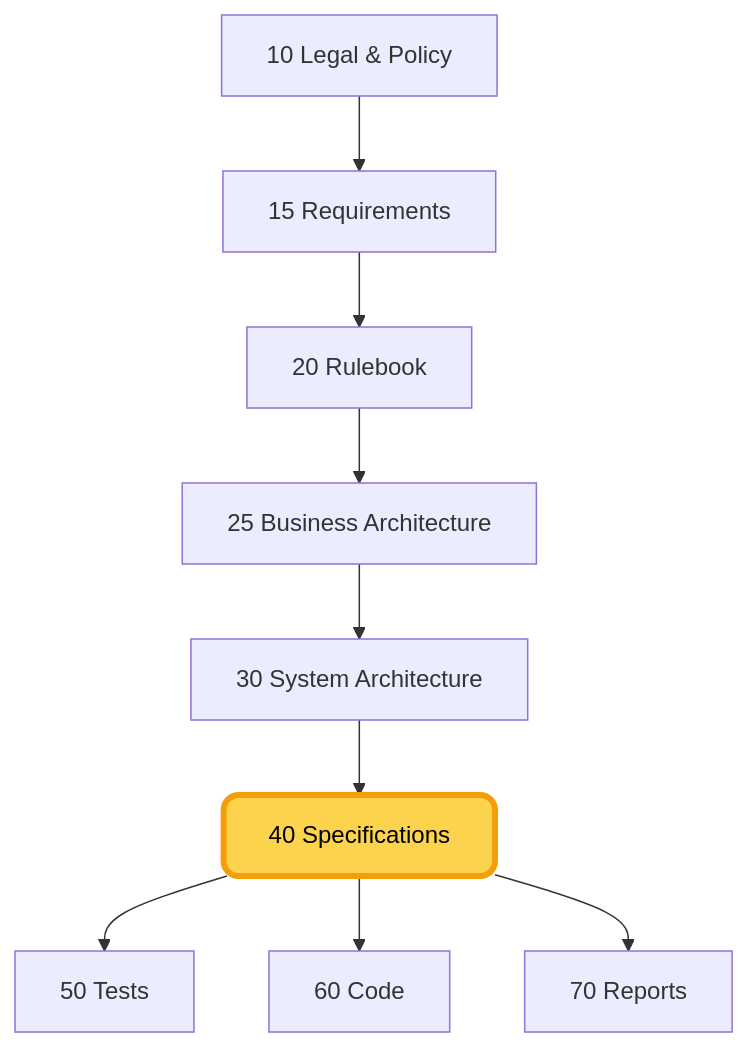
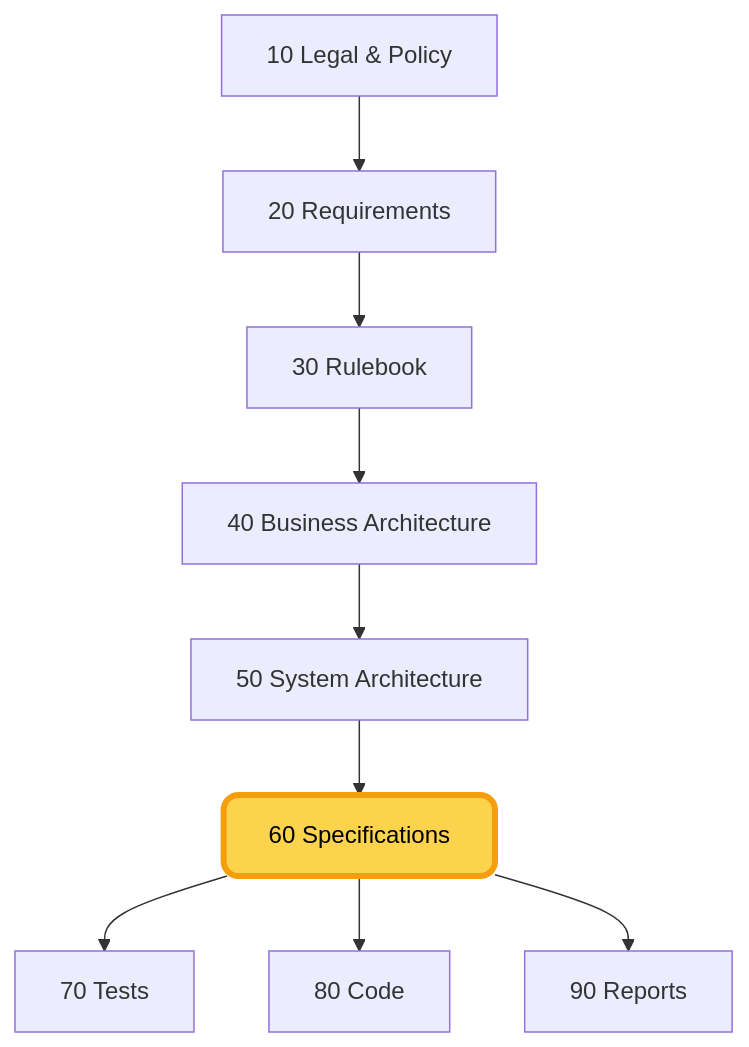
Before and after one commit to nnworkspace/presentations: the third of 7 diagrams in elan_intro.md, drawn with Mermaid. The commit also changed other lines of this file, not shown here.

````diff
--- a/elan_intro.md
+++ b/elan_intro.md
@@ -559,13 +559,13 @@
 ```mermaid {scale: 0.6}
 flowchart TD
-    A[10 Legal & Policy] --> Req[15 Requirements]
-    Req --> B[20 Rulebook]
-    B --> BA[25 Business Architecture]
-    BA --> C[30 System Architecture]
-    C --> D[40 Specifications]
-    D --> E[50 Tests]
-    D --> F[60 Code]
-    D --> G[70 Reports]
+    A[10 Legal & Policy] --> Req[20 Requirements]
+    Req --> B[30 Rulebook]
+    B --> BA[40 Business Architecture]
+    BA --> C[50 System Architecture]
+    C --> D[60 Specifications]
+    D --> E[70 Tests]
+    D --> F[80 Code]
+    D --> G[90 Reports]
 
     style D fill:#FCD34D,stroke:#F59E0B,stroke-width:4px,rx:10,ry:10,color:#000
 ```
````
